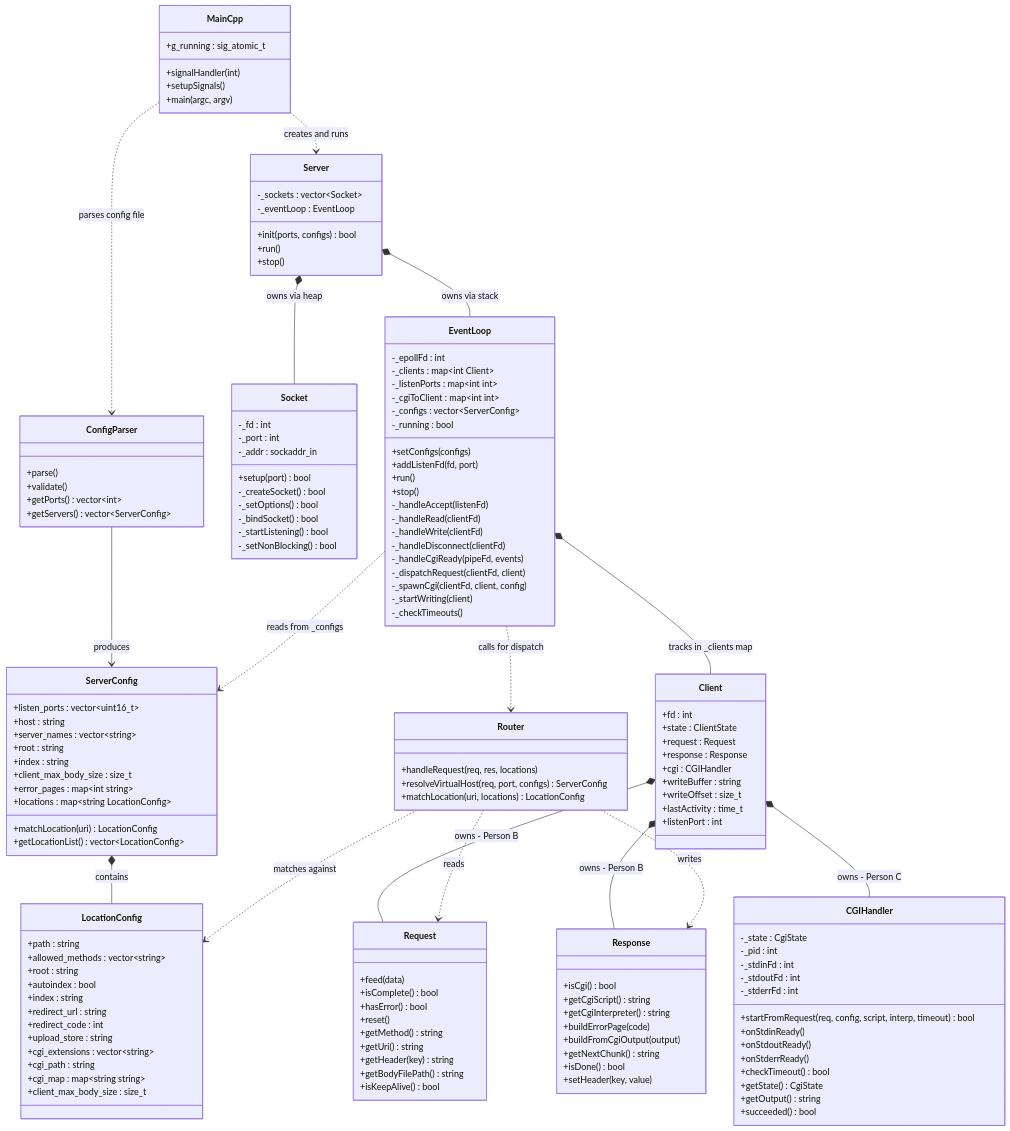
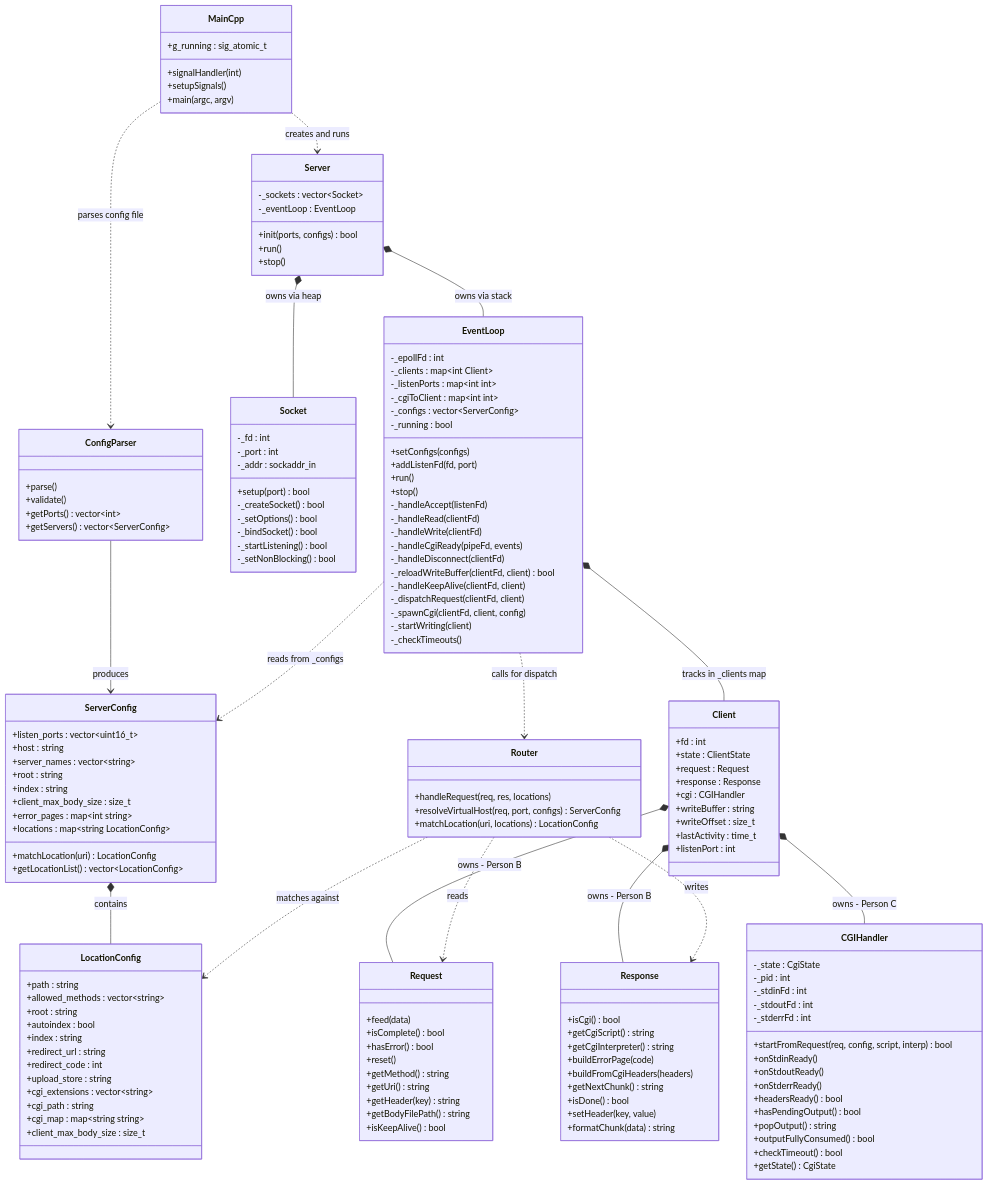
The first of 7 diagrams in README/personAtmp/architecture_and_flow_diagrams.md (aziddineelm/Webserv), drawn with Mermaid before and after one commit. The commit also changed other lines of this file and 1 other file, not shown here.

Commit message:
docs: update architecture documentation and remove redundant phase concepts file

```diff
--- a/README/personAtmp/architecture_and_flow_diagrams.md
+++ b/README/personAtmp/architecture_and_flow_diagrams.md
@@ -106,8 +107,10 @@
         -_handleAccept(listenFd)
         -_handleRead(clientFd)
         -_handleWrite(clientFd)
+        -_handleCgiReady(pipeFd, events)
         -_handleDisconnect(clientFd)
-        -_handleCgiReady(pipeFd, events)
+        -_reloadWriteBuffer(clientFd, client) bool
+        -_handleKeepAlive(clientFd, client)
         -_dispatchRequest(clientFd, client)
         -_spawnCgi(clientFd, client, config)
         -_startWriting(client)
@@ -149,10 +152,11 @@
         +getCgiScript() string
         +getCgiInterpreter() string
         +buildErrorPage(code)
-        +buildFromCgiOutput(output)
+        +buildFromCgiHeaders(headers)
         +getNextChunk() string
         +isDone() bool
         +setHeader(key, value)
+        +formatChunk(data) string
     }
 
     class CGIHandler {
@@ -161,14 +165,16 @@
         -_stdinFd : int
         -_stdoutFd : int
         -_stderrFd : int
-        +startFromRequest(req, config, script, interp, timeout) bool
+        +startFromRequest(req, config, script, interp) bool
         +onStdinReady()
         +onStdoutReady()
         +onStderrReady()
+        +headersReady() bool
+        +hasPendingOutput() bool
+        +popOutput() string
+        +outputFullyConsumed() bool
         +checkTimeout() bool
         +getState() CgiState
-        +getOutput() string
-        +succeeded() bool
     }
 
     MainCpp ..> ConfigParser : parses config file
```
